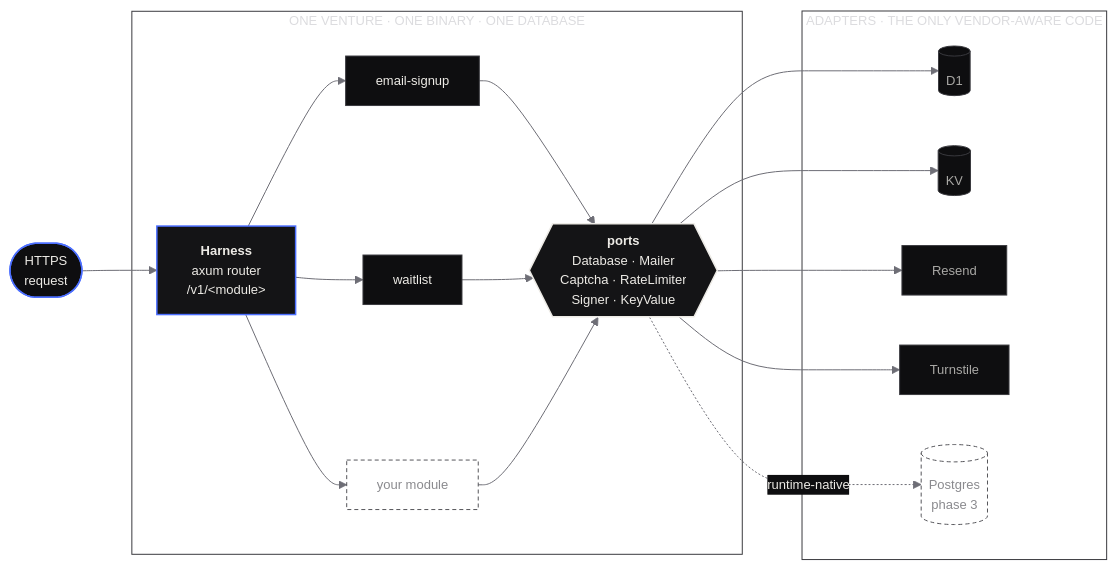
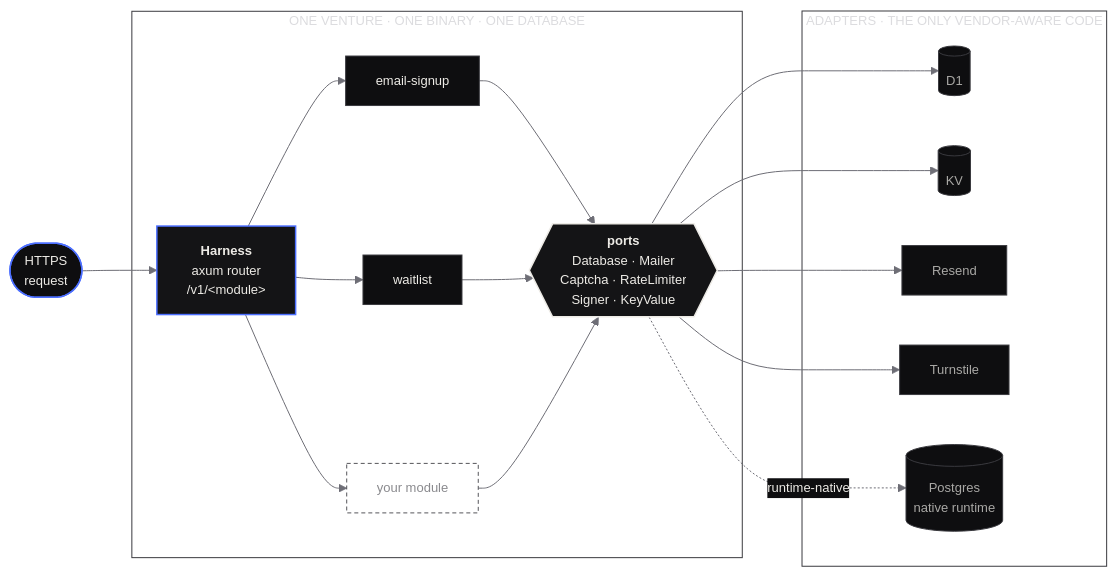
The diagram in README.md (Cratefield/harness), drawn with Mermaid before and after one commit. The commit also changed other lines of this file and 6 other files, not shown here.

````diff
--- a/README.md
+++ b/README.md
@@ -80,41 +80,41 @@
 ```mermaid
 %%{init: {"theme":"base","themeVariables":{
   "background":"transparent",
   "fontFamily":"ui-monospace, SFMono-Regular, Menlo, monospace",
   "fontSize":"13px",
   "primaryColor":"#141416","primaryTextColor":"#EDEBE6","primaryBorderColor":"#3A3A3F",
   "lineColor":"#6E6E76","textColor":"#8A8A8E",
   "clusterBkg":"transparent","clusterBorder":"#3A3A3F",
   "edgeLabelBackground":"#0E0E10"
 }} }%%
 flowchart LR
   REQ(["HTTPS<br/>request"]):::req --> H
 
   subgraph V["ONE VENTURE · ONE BINARY · ONE DATABASE"]
     H["<b>Harness</b><br/>axum router<br/>/v1/&lt;module&gt;"]:::core
     M1["email-signup"]:::mod
     M2["waitlist"]:::mod
     MX["your module"]:::ghost
     P{{"<b>ports</b><br/>Database · Mailer<br/>Captcha · RateLimiter<br/>Signer · KeyValue"}}:::port
     H --> M1 & M2 & MX --> P
   end
 
   subgraph A["ADAPTERS · THE ONLY VENDOR-AWARE CODE"]
     DB[("D1")]:::vendor
     KV[("KV")]:::vendor
     RS["Resend"]:::vendor
     TS["Turnstile"]:::vendor
-    PG[("Postgres<br/>phase 3")]:::future
+    PG[("Postgres<br/>native runtime")]:::vendor
   end
 
   P --> DB & KV & RS & TS
   P -. "runtime-native" .-> PG
 
   classDef req fill:#0E0E10,stroke:#4C6FFF,stroke-width:1.5px,color:#EDEBE6
   classDef core fill:#141416,stroke:#4C6FFF,stroke-width:1.5px,color:#EDEBE6
   classDef mod fill:#0E0E10,stroke:#3A3A3F,color:#EDEBE6
   classDef ghost fill:transparent,stroke:#55555A,stroke-dasharray:4 3,color:#8A8A8E
   classDef port fill:#141416,stroke:#EDEBE6,stroke-width:1.5px,color:#EDEBE6
   classDef vendor fill:#0E0E10,stroke:#3A3A3F,color:#A9A8A5
   classDef future fill:transparent,stroke:#55555A,stroke-dasharray:4 3,color:#8A8A8E
 ```
````
